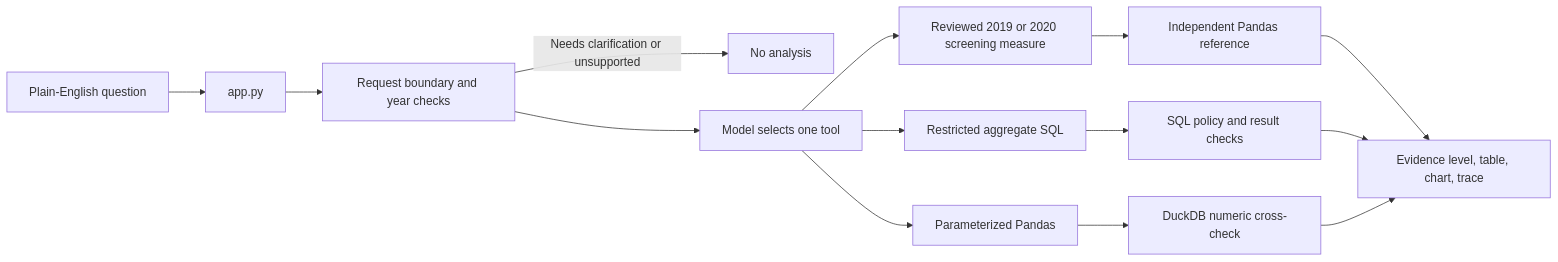
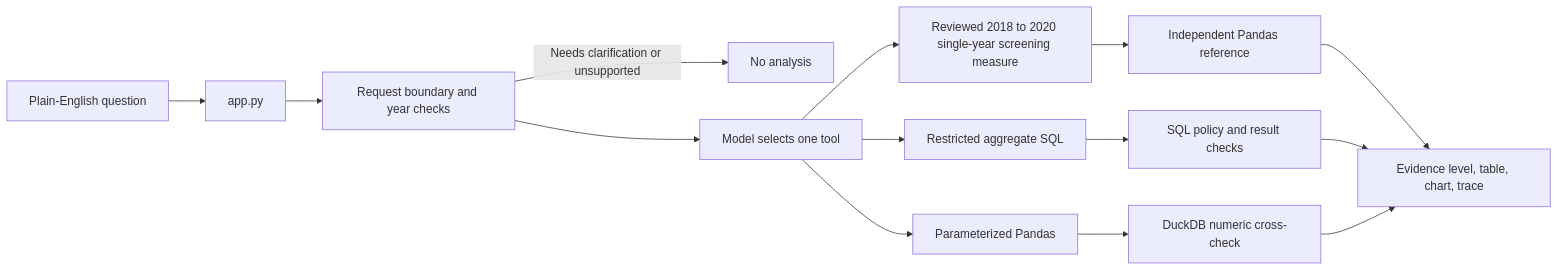
Before and after one commit to yc4959/CareInsight-AI: the diagram in docs/architecture.md, drawn with Mermaid. The commit also changed 10 other files, not shown here.

````diff
--- a/docs/architecture.md
+++ b/docs/architecture.md
@@ -5,16 +5,16 @@
 ```mermaid
 flowchart LR
     U[Plain-English question] --> A[app.py]
     A --> G[Request boundary and year checks]
     G -->|Needs clarification or unsupported| N[No analysis]
     G --> M[Model selects one tool]
-    M --> V[Reviewed 2019 or 2020 screening measure]
+    M --> V[Reviewed 2018 to 2020 single-year screening measure]
     M --> S[Restricted aggregate SQL]
     M --> P[Parameterized Pandas]
     V --> R[Independent Pandas reference]
     S --> C[SQL policy and result checks]
     P --> X[DuckDB numeric cross-check]
     R --> O[Evidence level, table, chart, trace]
     C --> O
     X --> O
 ```
````
